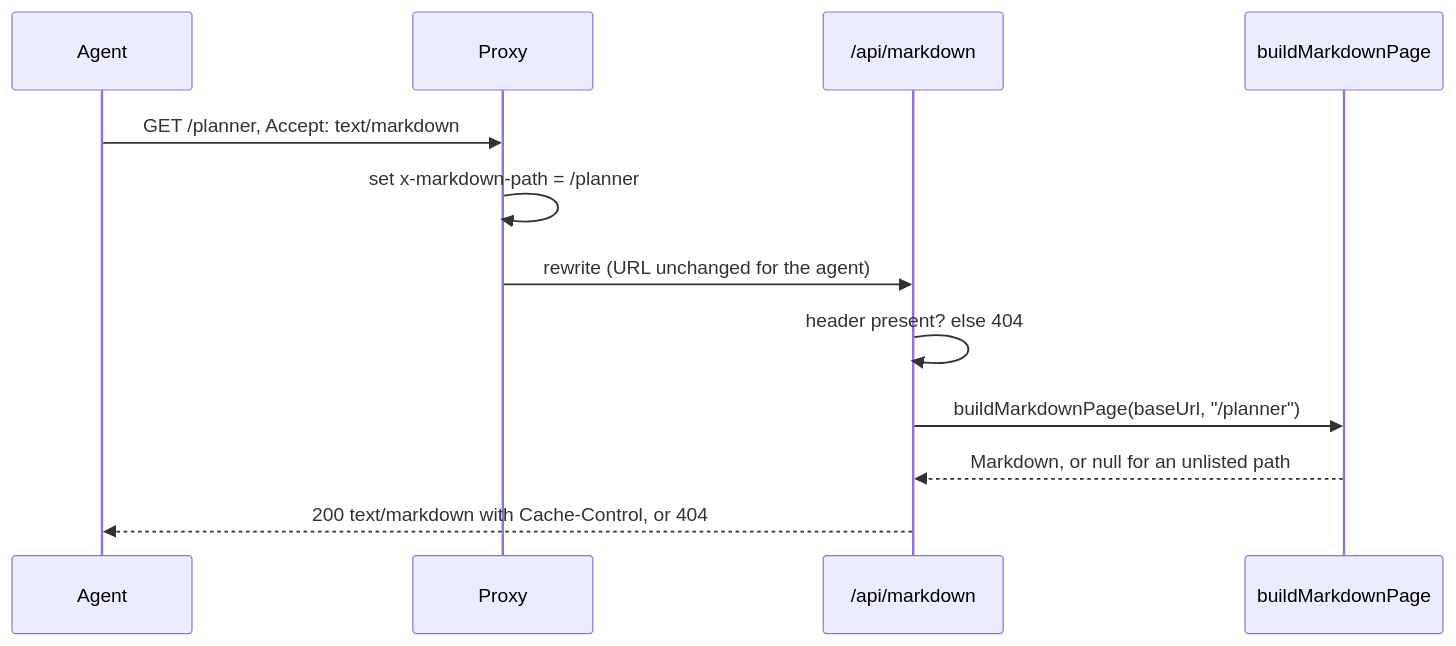
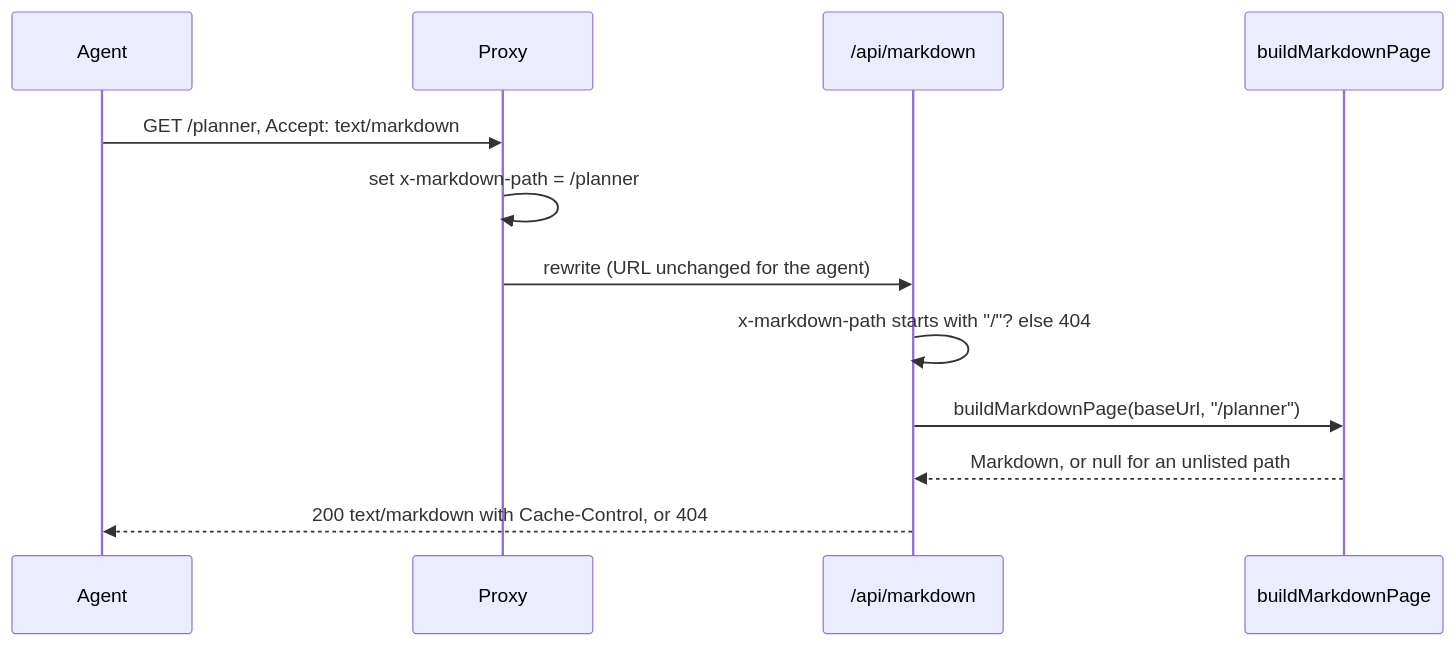
One commit to fbuireu/forever-pto changed the diagram in apps/docs/src/content/docs/how-it-works/markdown-api.mdx. Above: the diagram before and after it, drawn with Mermaid. The commit also changed 21 other files, not shown here.

````diff
--- a/apps/docs/src/content/docs/how-it-works/markdown-api.mdx
+++ b/apps/docs/src/content/docs/how-it-works/markdown-api.mdx
@@ -16,19 +16,19 @@
 ```mermaid
 ---
 config:
   look: handDrawn
   layout: dagre
 ---
 sequenceDiagram
   participant A as Agent
   participant P as Proxy
   participant R as /api/markdown
   participant B as buildMarkdownPage
   A->>P: GET /planner, Accept: text/markdown
   P->>P: set x-markdown-path = /planner
   P->>R: rewrite (URL unchanged for the agent)
-  R->>R: header present? else 404
+  R->>R: x-markdown-path starts with "/"? else 404
   R->>B: buildMarkdownPage(baseUrl, "/planner")
   B-->>R: Markdown, or null for an unlisted path
   R-->>A: 200 text/markdown with Cache-Control, or 404
 ```
````
